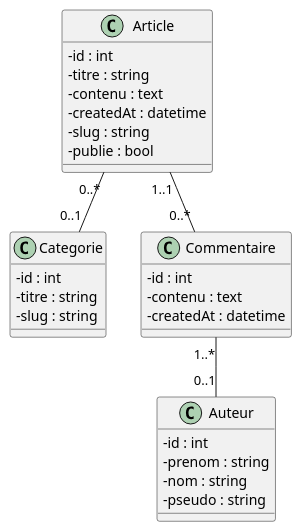
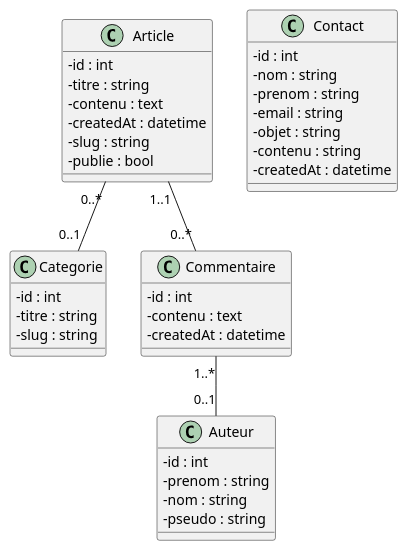
Before and after one commit to pgrvs/symfony-blog: the diagram in documentation/diagramme_classes.puml, drawn with PlantUML. The commit also changed 14 other files, not shown here.

```diff
--- a/documentation/diagramme_classes.puml
+++ b/documentation/diagramme_classes.puml
@@ -1,37 +1,47 @@
 @startuml
 'https://plantuml.com/
 skinparam classAttributeIconSize 0
 
 class Article {
     - id : int
     - titre : string
     - contenu : text
     - createdAt : datetime
     - slug : string
     - publie : bool
 }
 
 class Categorie {
     - id : int
     - titre : string
     - slug : string
 }
 
 class Commentaire {
     - id : int
     - contenu : text
     - createdAt : datetime
 }
 
 class Auteur {
     - id : int
     - prenom : string
     - nom : string
     - pseudo : string
 }
 
+class Contact {
+    - id : int
+    - nom : string
+    - prenom : string
+    - email : string
+    - objet : string
+    - contenu : string
+    - createdAt : datetime
+}
+
 Article"0..*"--"0..1"Categorie
 Article"1..1"--"0..*"Commentaire
 Commentaire"1..*"--"0..1"Auteur
 
 @enduml
```
